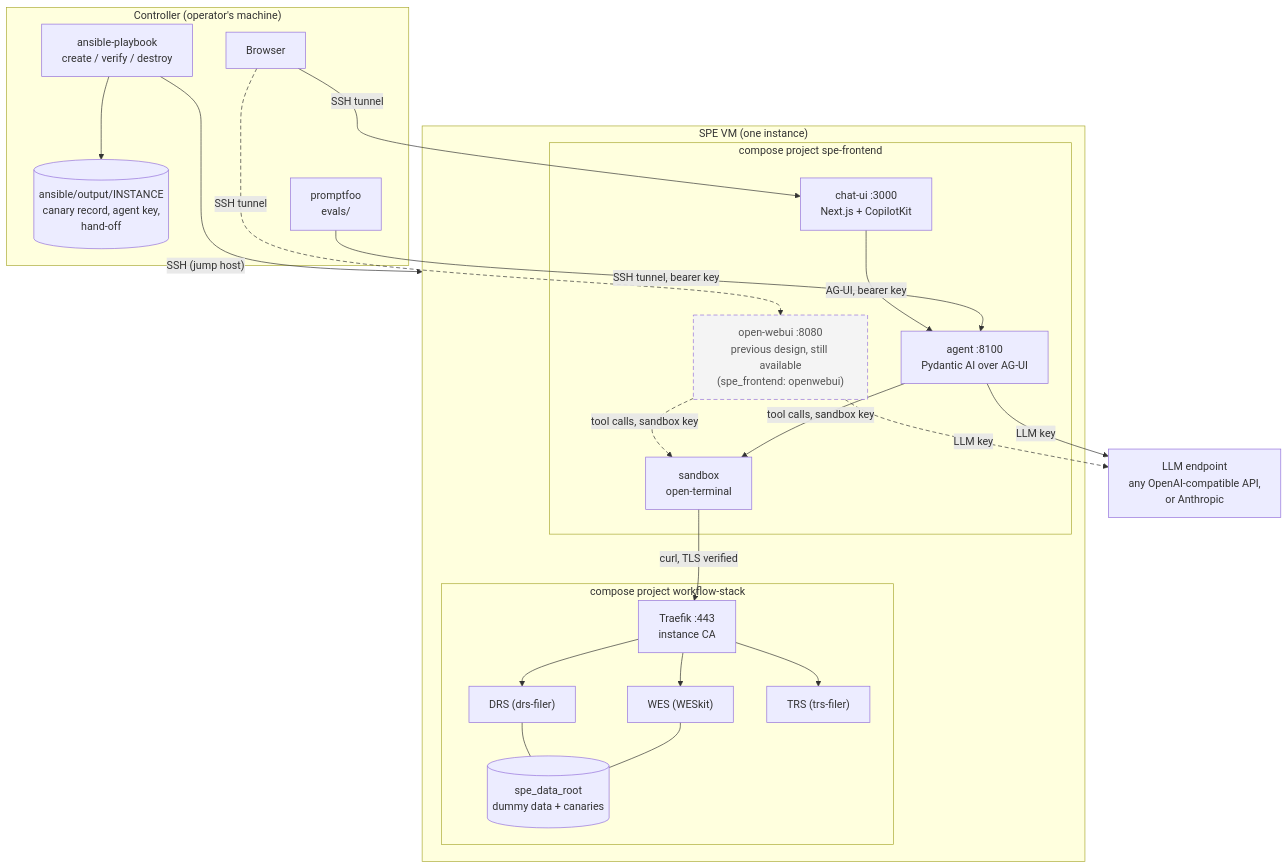
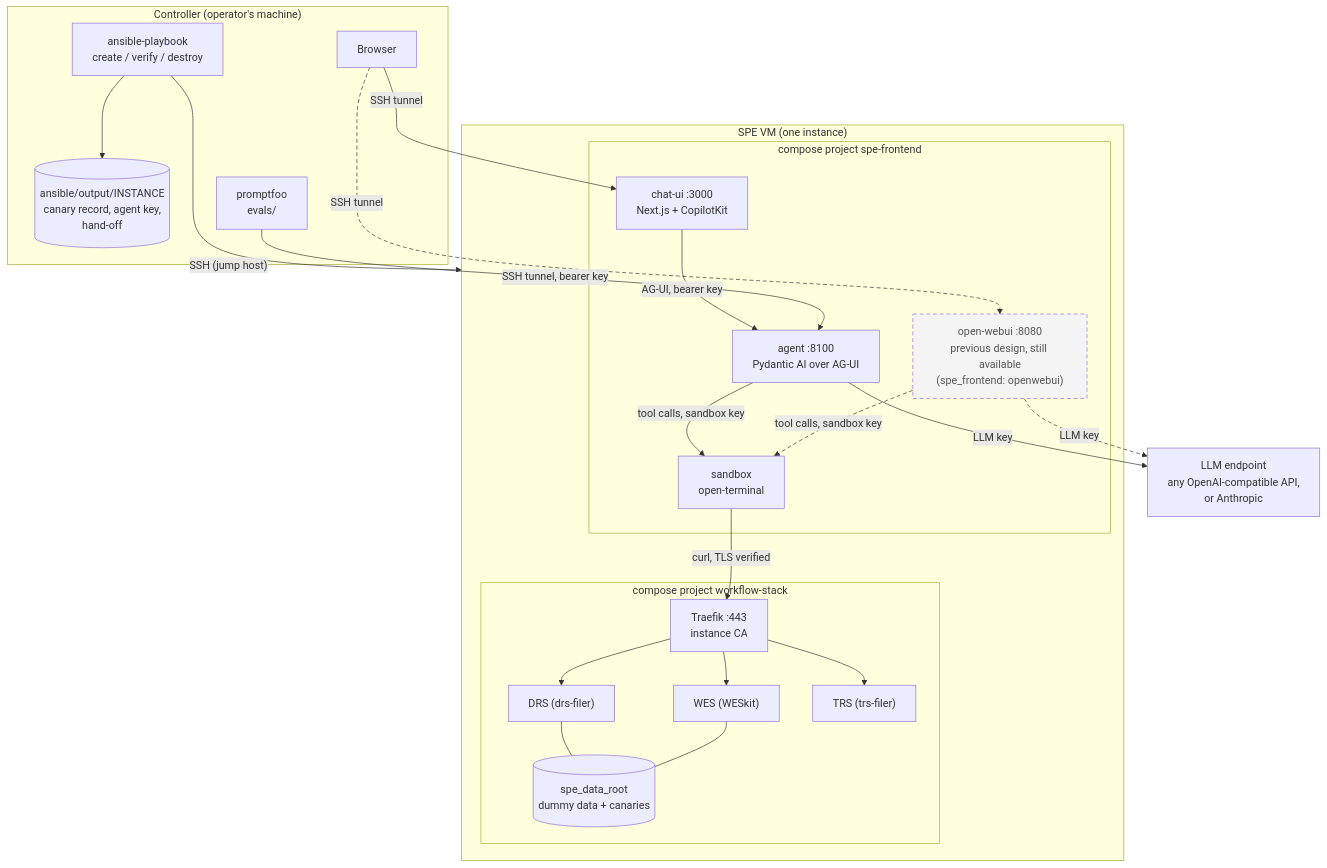
One commit to kraatz/elixir-biohackathon-2026-test changed the diagram in README.md. Above: the diagram before and after it, drawn with Mermaid.

Commit message:
README diagram: define Open WebUI's links first so they are dashed on GitHub too
GitHub's Mermaid numbers links differently from the current release, so linkStyle 13-15 missed one; links 0-2 are the same everywhere.

````diff
--- a/README.md
+++ b/README.md
@@ -37,45 +37,46 @@
 ```mermaid
 flowchart TB
   subgraph controller["Controller (operator's machine)"]
     ansible["ansible-playbook<br/>create / verify / destroy"]
     output[("ansible/output/INSTANCE<br/>canary record, agent key,<br/>hand-off")]
     promptfoo["promptfoo<br/>evals/"]
     browser["Browser"]
   end
 
   subgraph vm["SPE VM (one instance)"]
     subgraph fe["compose project spe-frontend"]
       ui["chat-ui :3000<br/>Next.js + CopilotKit"]
       agent["agent :8100<br/>Pydantic AI over AG-UI"]
       sandbox["sandbox<br/>open-terminal"]
       owui["open-webui :8080<br/>previous design, still available<br/>(spe_frontend: openwebui)"]:::alt
     end
     subgraph ws["compose project workflow-stack"]
       traefik["Traefik :443<br/>instance CA"]
       wes["WES (WESkit)"]
       drs["DRS (drs-filer)"]
       trs["TRS (trs-filer)"]
       data[("spe_data_root<br/>dummy data + canaries")]
     end
   end
 
   llm["LLM endpoint<br/>any OpenAI-compatible API,<br/>or Anthropic"]
 
+  %% Open WebUI's links first, so linkStyle 0,1,2 targets them in every Mermaid version.
+  browser -. "SSH tunnel" .-> owui
+  owui -. "LLM key" .-> llm
+  owui -. "tool calls, sandbox key" .-> sandbox
+
   ansible -- "SSH (jump host)" --> vm
   ansible --> output
   browser -- "SSH tunnel" --> ui
   promptfoo -- "SSH tunnel, bearer key" --> agent
   ui -- "AG-UI, bearer key" --> agent
   agent -- "LLM key" --> llm
   agent -- "tool calls, sandbox key" --> sandbox
   sandbox -- "curl, TLS verified" --> traefik
   traefik --> wes & drs & trs
   wes & drs --- data
 
-  browser -. "SSH tunnel" .-> owui
-  owui -. "LLM key" .-> llm
-  owui -. "tool calls, sandbox key" .-> sandbox
-
   classDef alt stroke-dasharray: 6 4, fill:#f4f4f4, color:#555
-  linkStyle 13,14,15 stroke-dasharray: 6 4
+  linkStyle 0,1,2 stroke-dasharray: 6 4
 ```
````
